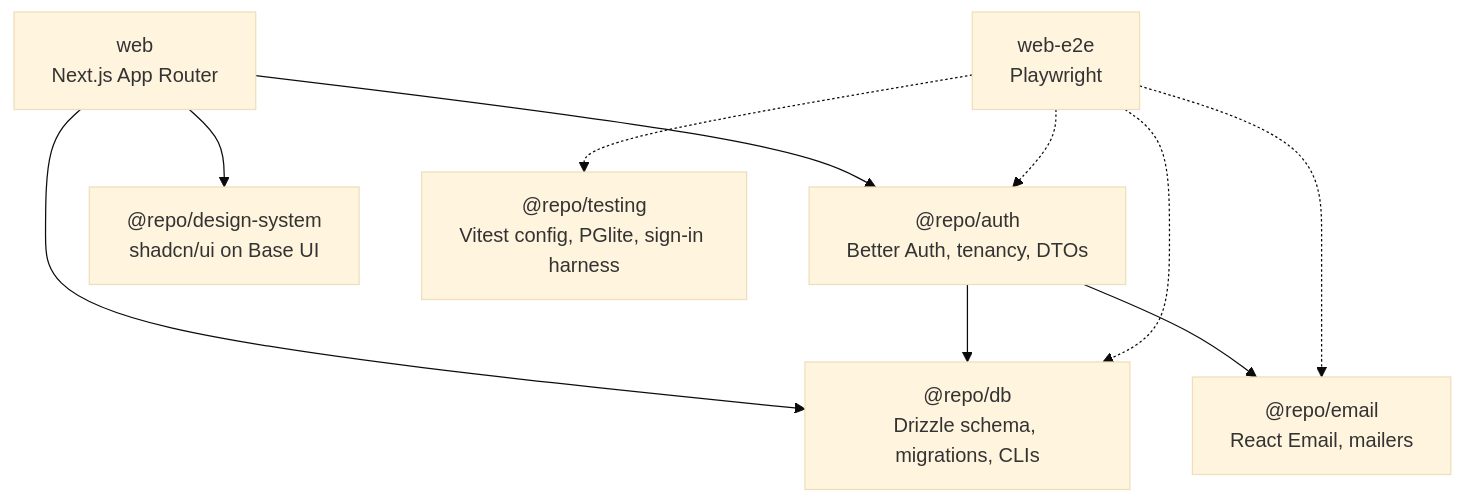
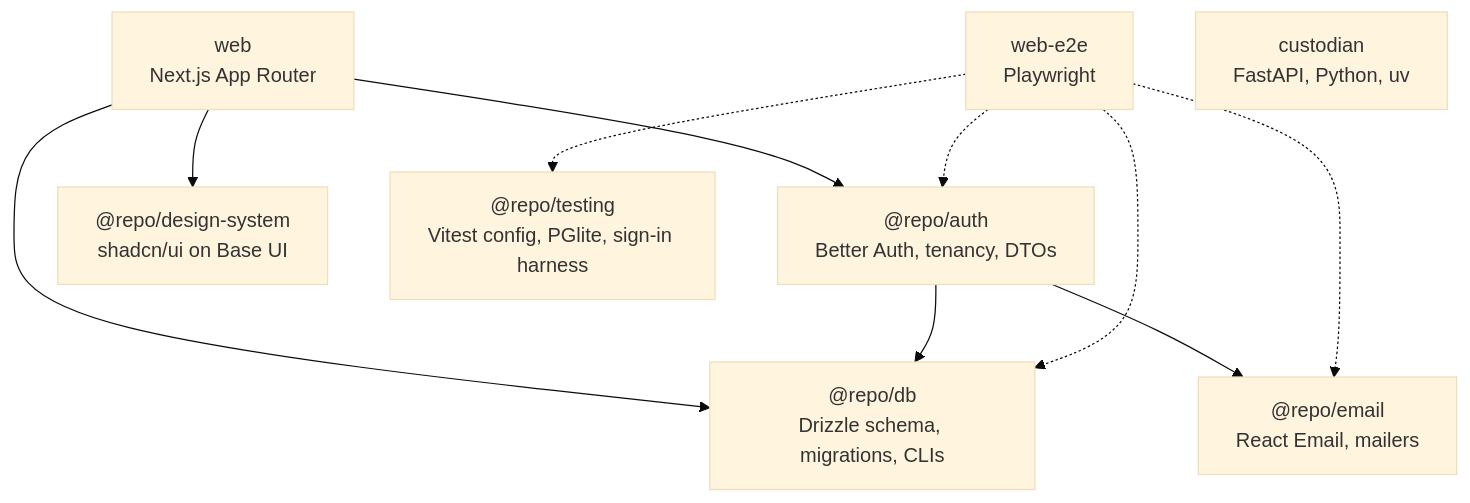
One commit to m0t0r/cognitive-wealth changed the diagram in docs/diagrams/packages.mmd. Above: the diagram before and after it, drawn with Mermaid (base theme). The commit also changed 18 other files, not shown here.

First line of the commit message:
feat(custodian): add the custodian skeleton with uv, FastAPI and a health route

```diff
--- a/docs/diagrams/packages.mmd
+++ b/docs/diagrams/packages.mmd
@@ -1,19 +1,20 @@
 flowchart TB
   web["web<br/>Next.js App Router"]
   e2e["web-e2e<br/>Playwright"]
   auth["@repo/auth<br/>Better Auth, tenancy, DTOs"]
   ds["@repo/design-system<br/>shadcn/ui on Base UI"]
   db["@repo/db<br/>Drizzle schema, migrations, CLIs"]
   email["@repo/email<br/>React Email, mailers"]
   testing["@repo/testing<br/>Vitest config, PGlite, sign-in harness"]
+  custodian["custodian<br/>FastAPI, Python, uv"]
 
   web --> auth
   web --> ds
   web --> db
   auth --> db
   auth --> email
 
   e2e -.-> auth
   e2e -.-> db
   e2e -.-> email
   e2e -.-> testing
```
